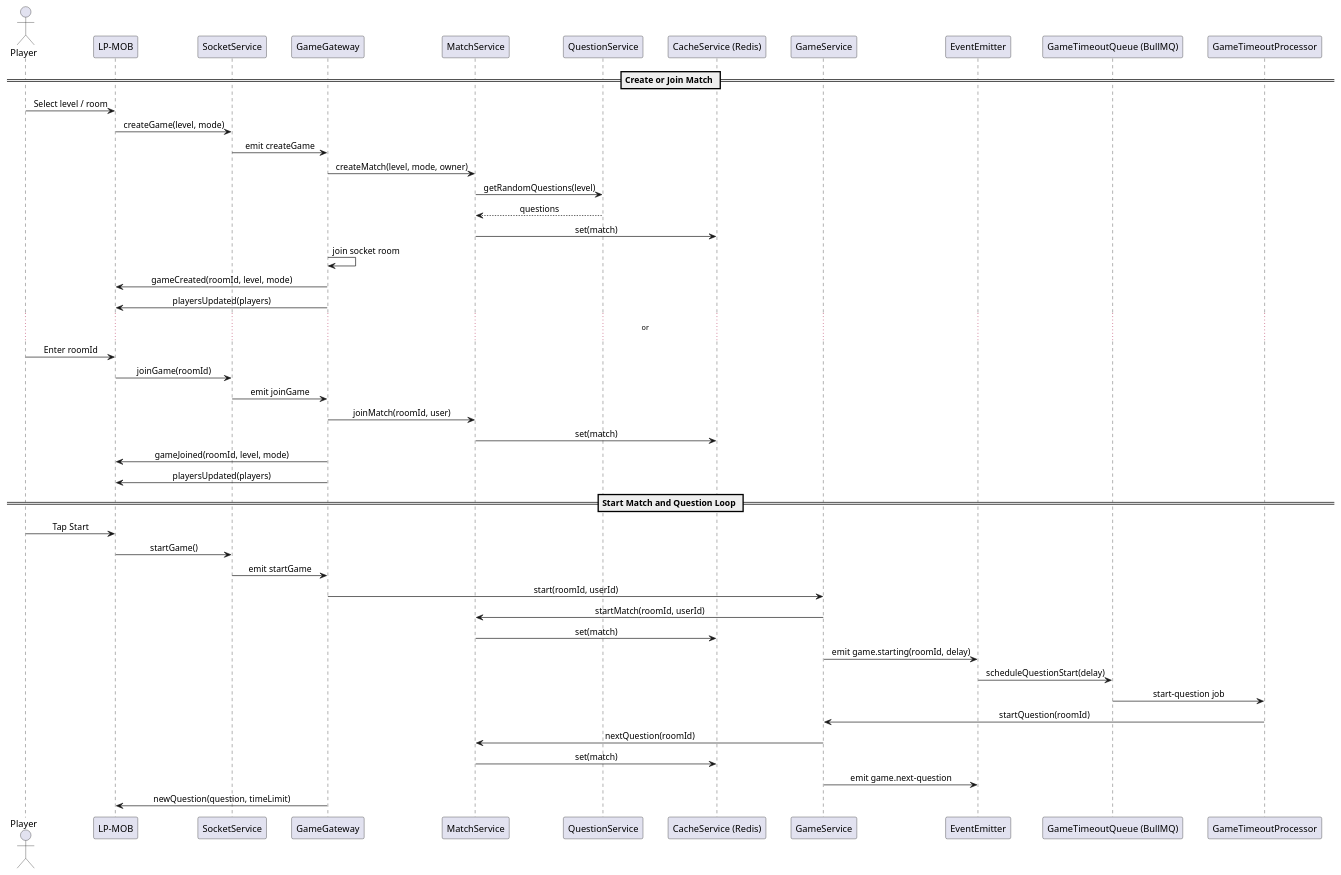
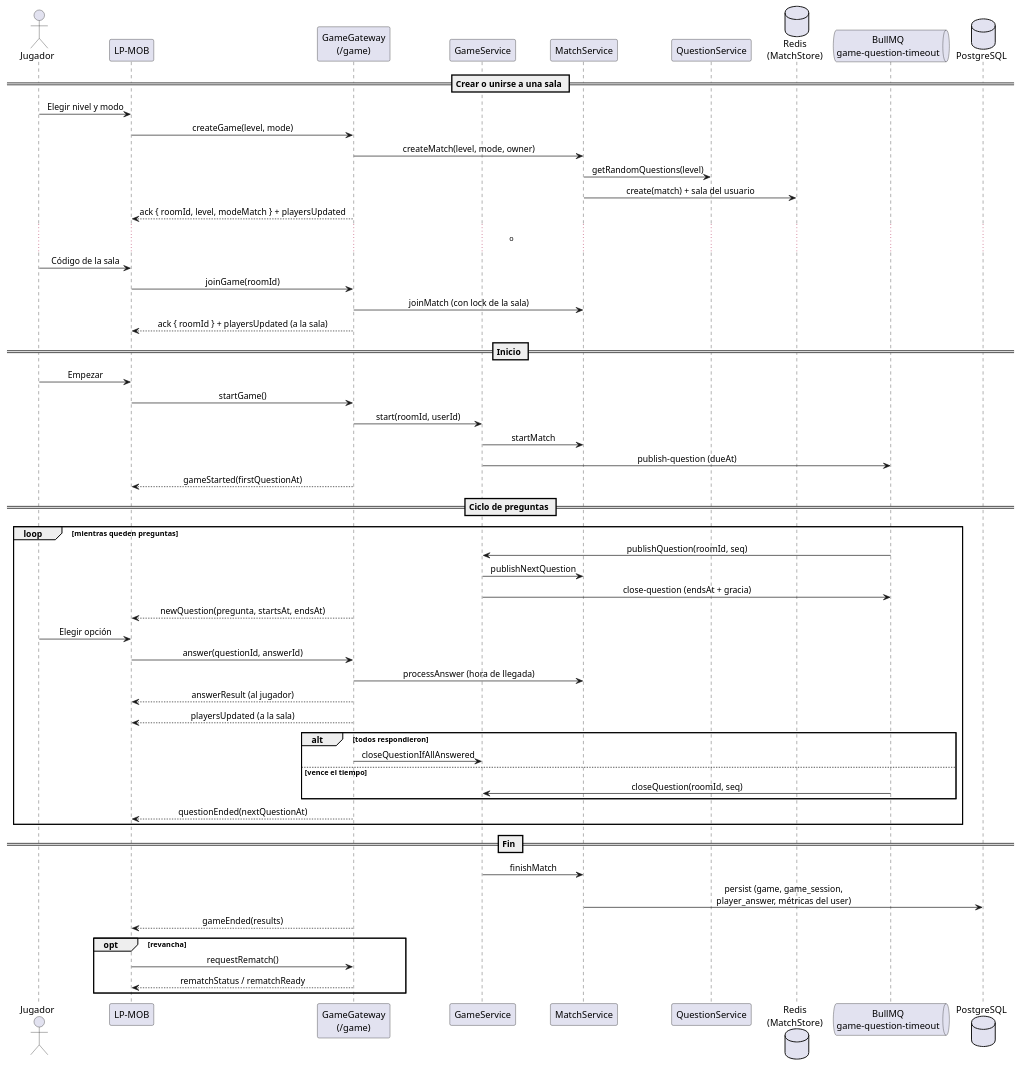
Before and after one commit to smyleface18/LinguaPlay: the diagram in docs/diagrams/sequence-game-flow.puml, drawn with PlantUML. The commit also changed 24 other files, not shown here.

First line of the commit message:
docs(diagrams): update UML diagrams to the current code and export PNG

```diff
--- a/docs/diagrams/sequence-game-flow.puml
+++ b/docs/diagrams/sequence-game-flow.puml
@@ -1,54 +1,66 @@
 @startuml
+' Partida de trivia. Fuente: modules/game (GameGateway, GameService,
+' MatchService, GameQueueService/Processor, MatchResultsService).
 skinparam sequenceMessageAlign center
 skinparam ParticipantPadding 14
 
-actor "Player" as Player
+actor "Jugador" as Player
 participant "LP-MOB" as Mobile
-participant "SocketService" as SocketService
-participant "GameGateway" as Gateway
+participant "GameGateway\n(/game)" as Gateway
+participant "GameService" as GameService
 participant "MatchService" as MatchService
 participant "QuestionService" as QuestionService
-participant "CacheService (Redis)" as Cache
-participant "GameService" as GameService
-participant "EventEmitter" as Events
-participant "GameTimeoutQueue (BullMQ)" as Queue
-participant "GameTimeoutProcessor" as Processor
+database "Redis\n(MatchStore)" as Store
+queue "BullMQ\ngame-question-timeout" as Queue
+database "PostgreSQL" as DB
 
-== Create or Join Match ==
-Player -> Mobile: Select level / room
-Mobile -> SocketService: createGame(level, mode)
-SocketService -> Gateway: emit createGame
+== Crear o unirse a una sala ==
+Player -> Mobile: Elegir nivel y modo
+Mobile -> Gateway: createGame(level, mode)
 Gateway -> MatchService: createMatch(level, mode, owner)
 MatchService -> QuestionService: getRandomQuestions(level)
-QuestionService --> MatchService: questions
-MatchService -> Cache: set(match)
-Gateway -> Gateway: join socket room
-Gateway -> Mobile: gameCreated(roomId, level, mode)
-Gateway -> Mobile: playersUpdated(players)
+MatchService -> Store: create(match) + sala del usuario
+Gateway --> Mobile: ack { roomId, level, modeMatch } + playersUpdated
+... o ...
+Player -> Mobile: Código de la sala
+Mobile -> Gateway: joinGame(roomId)
+Gateway -> MatchService: joinMatch (con lock de la sala)
+Gateway --> Mobile: ack { roomId } + playersUpdated (a la sala)
 
-... or ...
-Player -> Mobile: Enter roomId
-Mobile -> SocketService: joinGame(roomId)
-SocketService -> Gateway: emit joinGame
-Gateway -> MatchService: joinMatch(roomId, user)
-MatchService -> Cache: set(match)
-Gateway -> Mobile: gameJoined(roomId, level, mode)
-Gateway -> Mobile: playersUpdated(players)
+== Inicio ==
+Player -> Mobile: Empezar
+Mobile -> Gateway: startGame()
+Gateway -> GameService: start(roomId, userId)
+GameService -> MatchService: startMatch
+GameService -> Queue: publish-question (dueAt)
+Gateway --> Mobile: gameStarted(firstQuestionAt)
 
-== Start Match and Question Loop ==
-Player -> Mobile: Tap Start
-Mobile -> SocketService: startGame()
-SocketService -> Gateway: emit startGame
-Gateway -> GameService: start(roomId, userId)
-GameService -> MatchService: startMatch(roomId, userId)
-MatchService -> Cache: set(match)
-GameService -> Events: emit game.starting(roomId, delay)
-Events -> Queue: scheduleQuestionStart(delay)
-Queue -> Processor: start-question job
-Processor -> GameService: startQuestion(roomId)
-GameService -> MatchService: nextQuestion(roomId)
-MatchService -> Cache: set(match)
-GameService -> Events: emit game.next-question
-Gateway -> Mobile: newQuestion(question, timeLimit)
+== Ciclo de preguntas ==
+loop mientras queden preguntas
+  Queue -> GameService: publishQuestion(roomId, seq)
+  GameService -> MatchService: publishNextQuestion
+  GameService -> Queue: close-question (endsAt + gracia)
+  Gateway --> Mobile: newQuestion(pregunta, startsAt, endsAt)
+  Player -> Mobile: Elegir opción
+  Mobile -> Gateway: answer(questionId, answerId)
+  Gateway -> MatchService: processAnswer (hora de llegada)
+  Gateway --> Mobile: answerResult (al jugador)
+  Gateway --> Mobile: playersUpdated (a la sala)
+  alt todos respondieron
+    Gateway -> GameService: closeQuestionIfAllAnswered
+  else vence el tiempo
+    Queue -> GameService: closeQuestion(roomId, seq)
+  end
+  Gateway --> Mobile: questionEnded(nextQuestionAt)
+end
+
+== Fin ==
+GameService -> MatchService: finishMatch
+MatchService -> DB: persist (game, game_session,\nplayer_answer, métricas del user)
+Gateway --> Mobile: gameEnded(results)
+opt revancha
+  Mobile -> Gateway: requestRematch()
+  Gateway --> Mobile: rematchStatus / rematchReady
+end
 
 @enduml
```
